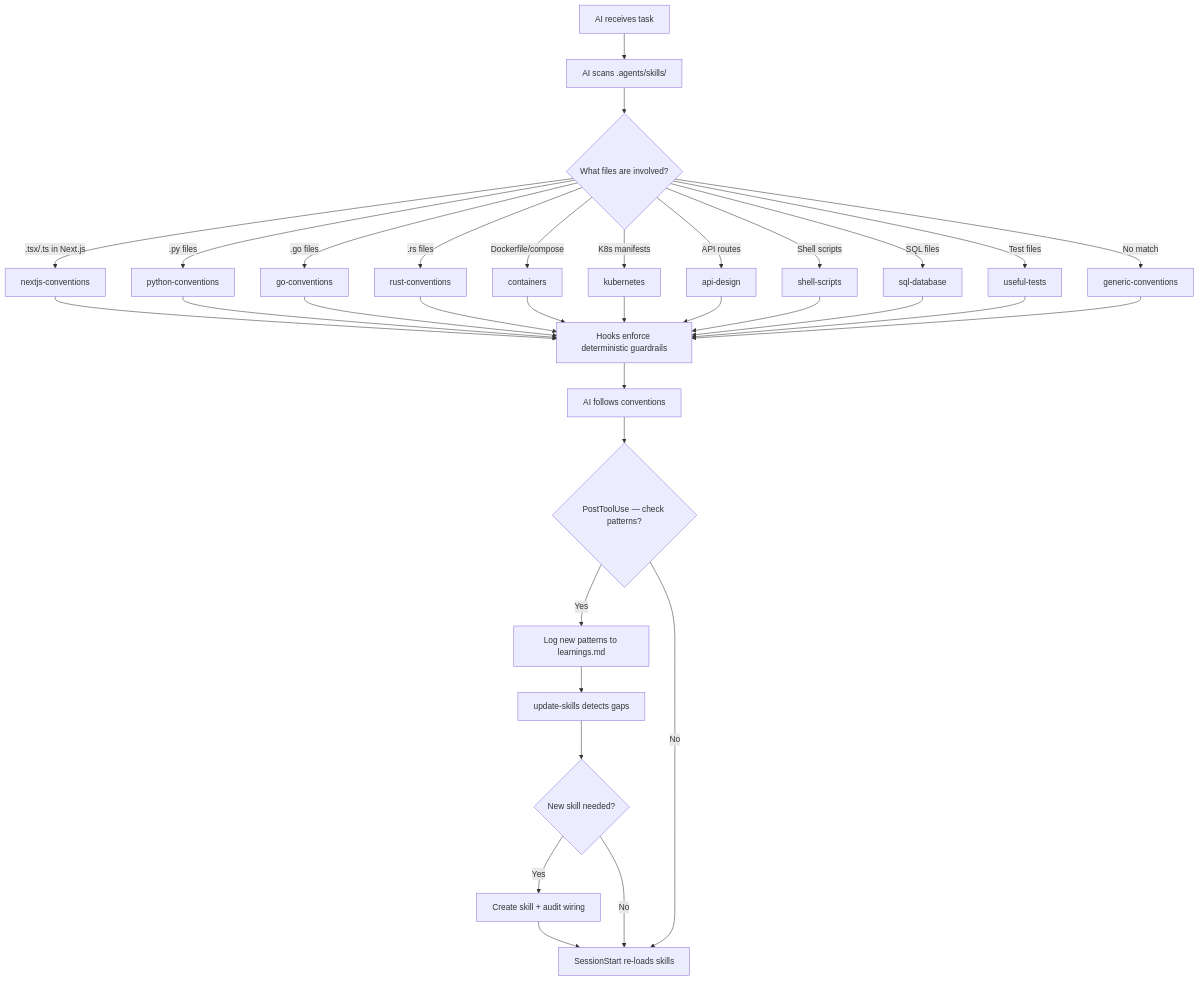
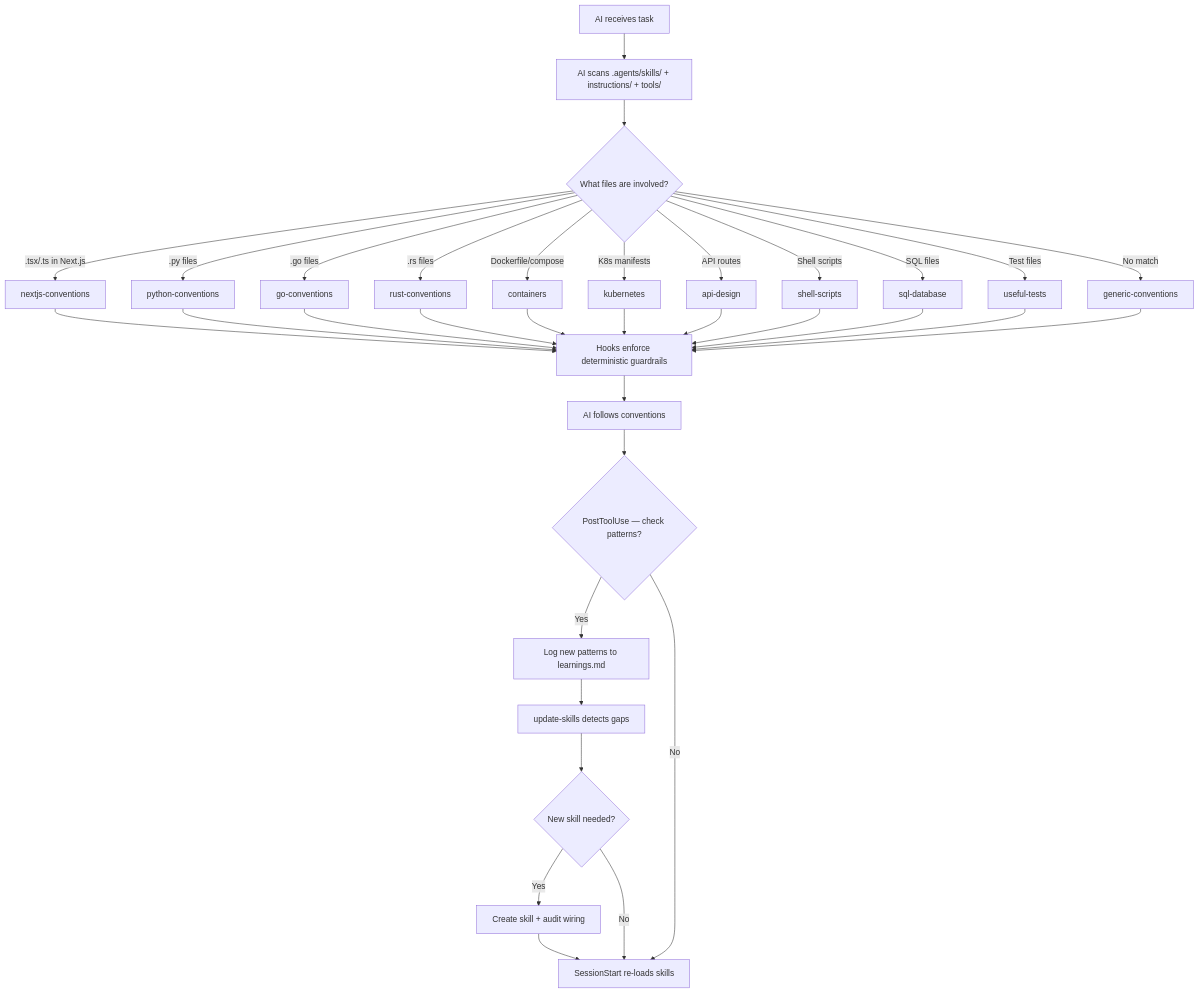
One commit to jtmb/ingenium changed the diagram in docs/ARCHITECTURE.md. Above: the diagram before and after it, drawn with Mermaid. The commit also changed other lines of this file and 63 other files, not shown here.

First line of the commit message:
refactor: split .agents/skills/ into skills/, instructions/, and tools/

````diff
--- a/docs/ARCHITECTURE.md
+++ b/docs/ARCHITECTURE.md
@@ -102,36 +124,36 @@
 ```mermaid
 graph TD
-    A[AI receives task] --> B[AI scans .agents/skills/]
+    A[AI receives task] --> B[AI scans .agents/skills/ + instructions/ + tools/]
     B --> C{What files are involved?}
     C -->|.tsx/.ts in Next.js| D[nextjs-conventions]
     C -->|.py files| E[python-conventions]
     C -->|.go files| F[go-conventions]
     C -->|.rs files| G[rust-conventions]
     C -->|Dockerfile/compose| H[containers]
     C -->|K8s manifests| I[kubernetes]
     C -->|API routes| J[api-design]
     C -->|Shell scripts| K[shell-scripts]
     C -->|SQL files| L[sql-database]
     C -->|Test files| M[useful-tests]
     C -->|No match| N[generic-conventions]
     D --> O[Hooks enforce deterministic guardrails]
     E --> O
     F --> O
     G --> O
     H --> O
     I --> O
     J --> O
     K --> O
     L --> O
     M --> O
     N --> O
     O --> P[AI follows conventions]
     P --> Q{PostToolUse — check patterns?}
     Q -->|Yes| R[Log new patterns to learnings.md]
     R --> S[update-skills detects gaps]
     S --> T{New skill needed?}
     T -->|Yes| U[Create skill + audit wiring]
     T -->|No| V[SessionStart re-loads skills]
     Q -->|No| V
     U --> V
 ```
````
